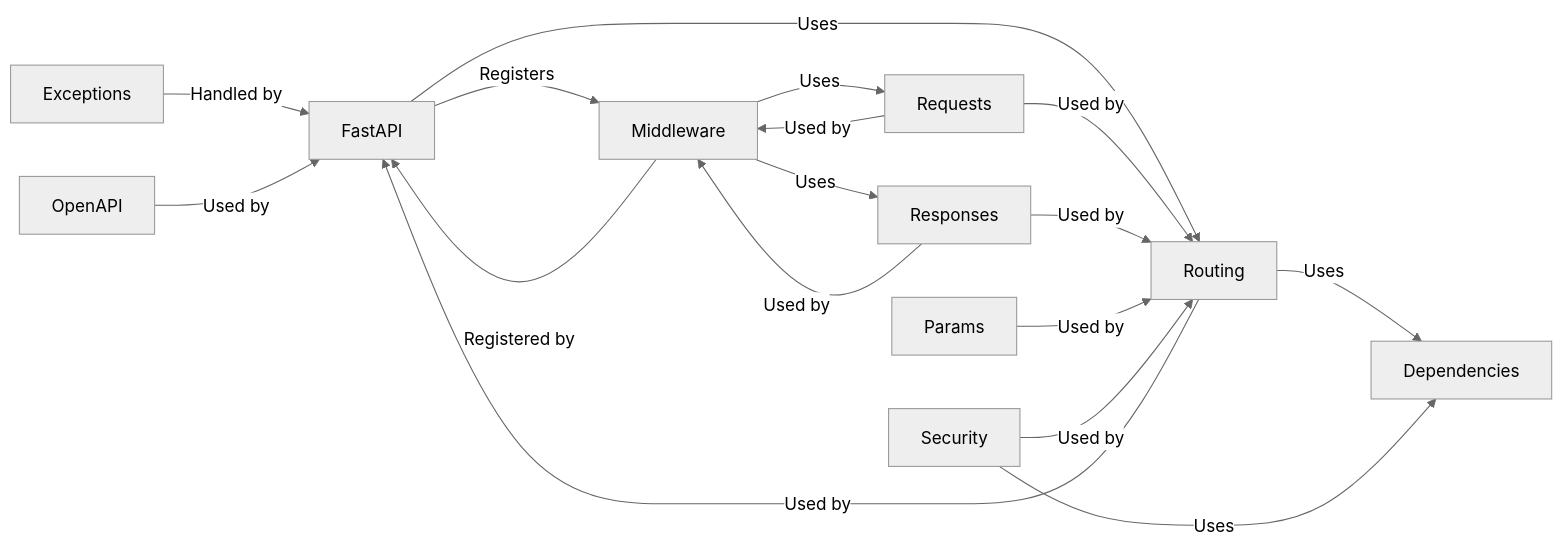
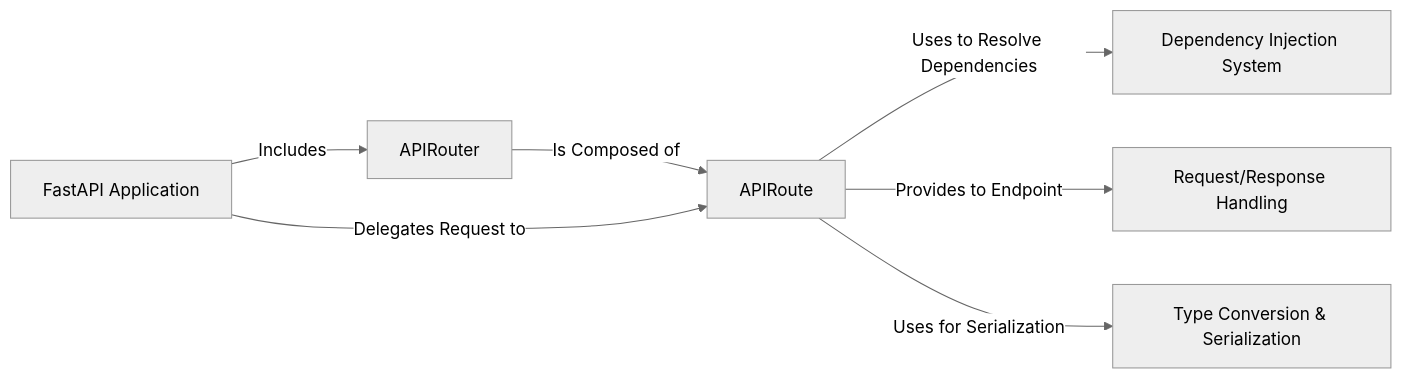
Before and after one commit to CodeBoarding/GeneratedOnBoardings: the diagram in fastapi/Application_Core.md, drawn with Mermaid (neutral theme). The commit also changed other lines of this file and 9 other files, not shown here.

````diff
--- a/fastapi/Application_Core.md
+++ b/fastapi/Application_Core.md
@@ -1,30 +1,15 @@
 ```mermaid
 graph LR
-    FastAPI["FastAPI"]
-    Routing["Routing"]
-    Dependencies["Dependencies"]
-    Requests["Requests"]
-    Responses["Responses"]
-    Params["Params"]
-    Security["Security"]
-    Middleware["Middleware"]
-    Exceptions["Exceptions"]
-    OpenAPI["OpenAPI"]
-    FastAPI -- "Uses" --> Routing
-    FastAPI -- "Registers" --> Middleware
-    Routing -- "Used by" --> FastAPI
-    Routing -- "Uses" --> Dependencies
-    Requests -- "Used by" --> Routing
-    Requests -- "Used by" --> Middleware
-    Responses -- "Used by" --> Routing
-    Responses -- "Used by" --> Middleware
-    Params -- "Used by" --> Routing
-    Security -- "Uses" --> Dependencies
-    Security -- "Used by" --> Routing
-    Middleware -- "Registered by" --> FastAPI
-    Middleware -- "Uses" --> Requests
-    Middleware -- "Uses" --> Responses
-    Exceptions -- "Handled by" --> FastAPI
-    OpenAPI -- "Used by" --> FastAPI
-    click Routing href "https://github.com/CodeBoarding/GeneratedOnBoardings/blob/main/fastapi/Routing.md" "Details"
+    FastAPI_Application["FastAPI Application"]
+    APIRouter["APIRouter"]
+    APIRoute["APIRoute"]
+    Dependency_Injection_System["Dependency Injection System"]
+    Request_Response_Handling["Request/Response Handling"]
+    Type_Conversion_Serialization["Type Conversion & Serialization"]
+    FastAPI_Application -- "Includes" --> APIRouter
+    APIRouter -- "Is Composed of" --> APIRoute
+    FastAPI_Application -- "Delegates Request to" --> APIRoute
+    APIRoute -- "Uses to Resolve Dependencies" --> Dependency_Injection_System
+    APIRoute -- "Provides to Endpoint" --> Request_Response_Handling
+    APIRoute -- "Uses for Serialization" --> Type_Conversion_Serialization
 ```
````
